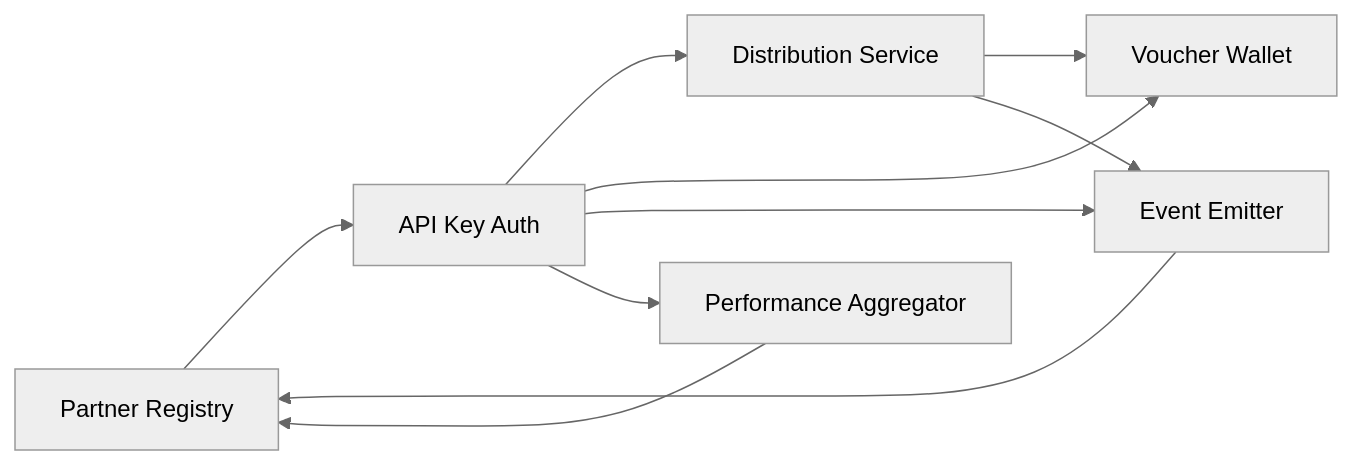
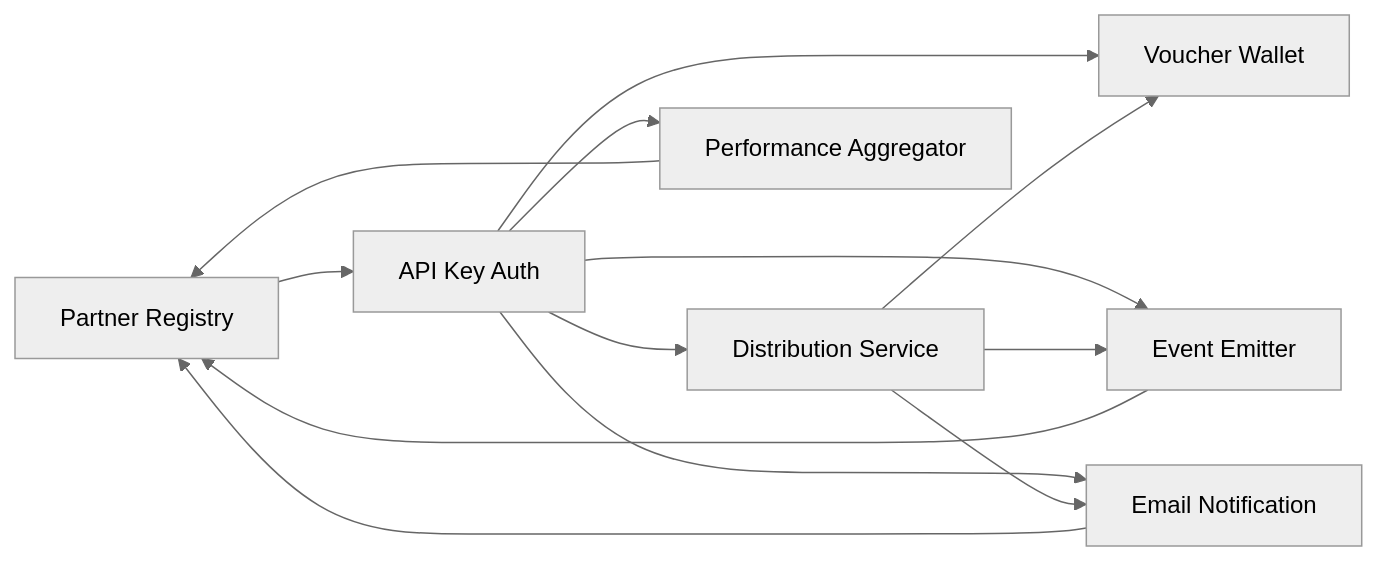
The eighth of 8 diagrams in .qoder/repowiki/en/content/API Contracts and Integration/Integration Partner Management.md (lamhongbac/NonCash), drawn with Mermaid (neutral theme) before and after one commit. The commit also changed other lines of this file and 53 other files, not shown here.

````diff
--- a/.qoder/repowiki/en/content/API Contracts and Integration/Integration Partner Management.md
+++ b/.qoder/repowiki/en/content/API Contracts and Integration/Integration Partner Management.md
@@ -266,12 +326,15 @@
 ```mermaid
 graph LR
 Partner["Partner Registry"] --> Auth["API Key Auth"]
 Auth --> Dist["Distribution Service"]
 Auth --> Wallet["Voucher Wallet"]
 Auth --> Events["Event Emitter"]
 Auth --> Perf["Performance Aggregator"]
+Auth --> Email["Email Notification"]
 Dist --> Wallet
 Dist --> Events
+Dist --> Email
 Events --> Partner
 Perf --> Partner
+Email --> Partner
 ```
````
